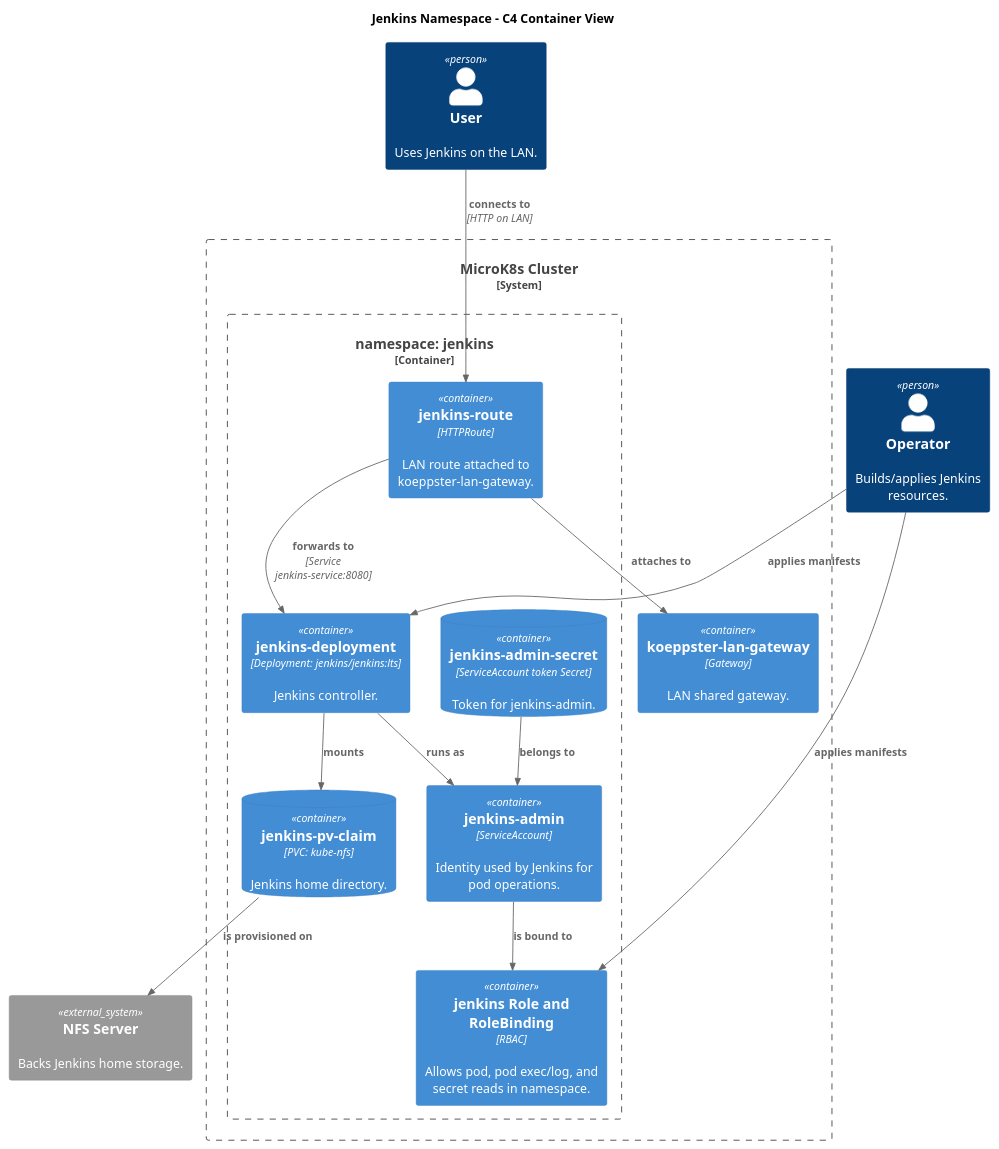
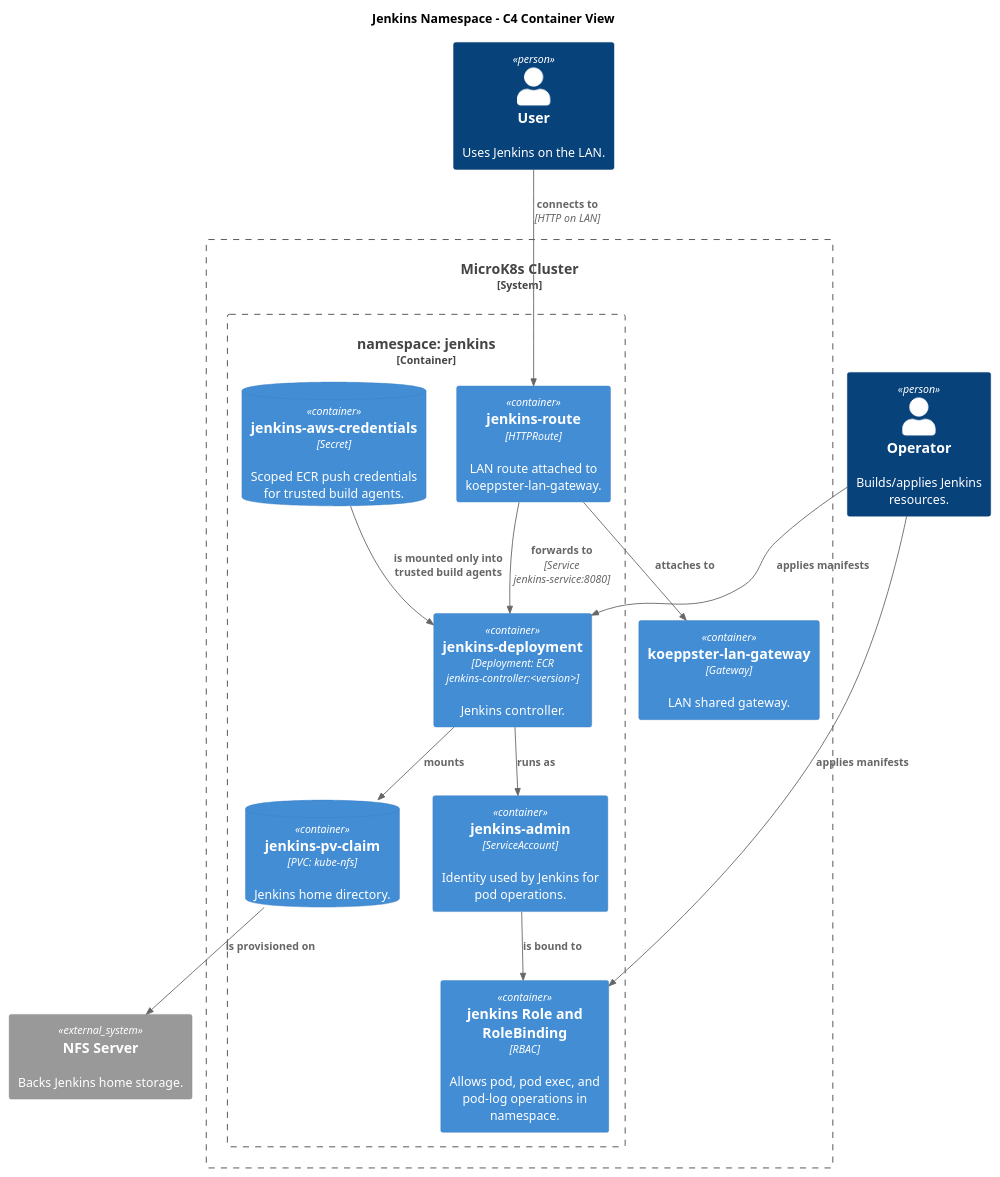
One commit to koeppj/kubernetes-sandbox changed the diagram in docs/c4/jenkins.puml. Above: the diagram before and after it, drawn with PlantUML. The commit also changed 69 other files, not shown here.

```diff
--- a/docs/c4/jenkins.puml
+++ b/docs/c4/jenkins.puml
@@ -1,35 +1,35 @@
 @startuml jenkins
 !includeurl https://raw.githubusercontent.com/plantuml-stdlib/C4-PlantUML/master/C4_Container.puml
 
 title Jenkins Namespace - C4 Container View
 
 Person(user, "User", "Uses Jenkins on the LAN.")
 Person(operator, "Operator", "Builds/applies Jenkins resources.")
 
 System_Boundary(cluster, "MicroK8s Cluster") {
   Container_Boundary(ns, "namespace: jenkins") {
     Container(routeLan, "jenkins-route", "HTTPRoute", "LAN route attached to koeppster-lan-gateway.")
-    Container(jenkins, "jenkins-deployment", "Deployment: jenkins/jenkins:lts", "Jenkins controller.")
+    Container(jenkins, "jenkins-deployment", "Deployment: ECR jenkins-controller:<version>", "Jenkins controller.")
     Container(sa, "jenkins-admin", "ServiceAccount", "Identity used by Jenkins for pod operations.")
-    Container(rbac, "jenkins Role and RoleBinding", "RBAC", "Allows pod, pod exec/log, and secret reads in namespace.")
-    ContainerDb(adminToken, "jenkins-admin-secret", "ServiceAccount token Secret", "Token for jenkins-admin.")
+    Container(rbac, "jenkins Role and RoleBinding", "RBAC", "Allows pod, pod exec, and pod-log operations in namespace.")
+    ContainerDb(awsCredentials, "jenkins-aws-credentials", "Secret", "Scoped ECR push credentials for trusted build agents.")
     ContainerDb(homePvc, "jenkins-pv-claim", "PVC: kube-nfs", "Jenkins home directory.")
   }
 
   Container(lanGateway, "koeppster-lan-gateway", "Gateway", "LAN shared gateway.")
 }
 
 System_Ext(nfs, "NFS Server", "Backs Jenkins home storage.")
 
 Rel(user, routeLan, "connects to", "HTTP on LAN")
 Rel(routeLan, lanGateway, "attaches to")
 Rel(routeLan, jenkins, "forwards to", "Service jenkins-service:8080")
 Rel(jenkins, sa, "runs as")
 Rel(sa, rbac, "is bound to")
-Rel(adminToken, sa, "belongs to")
+Rel(awsCredentials, jenkins, "is mounted only into trusted build agents")
 Rel(jenkins, homePvc, "mounts")
 Rel(homePvc, nfs, "is provisioned on")
 Rel(operator, jenkins, "applies manifests")
 Rel(operator, rbac, "applies manifests")
 
 @enduml
```
